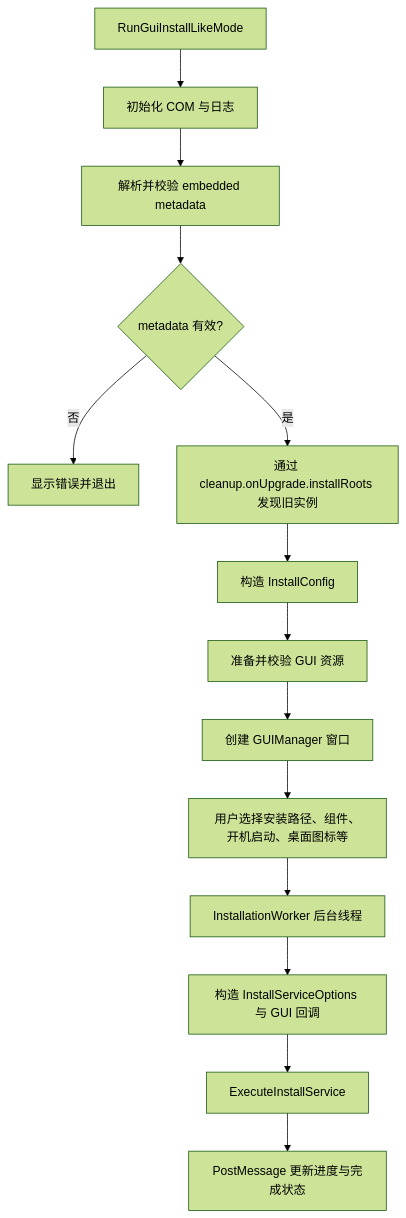
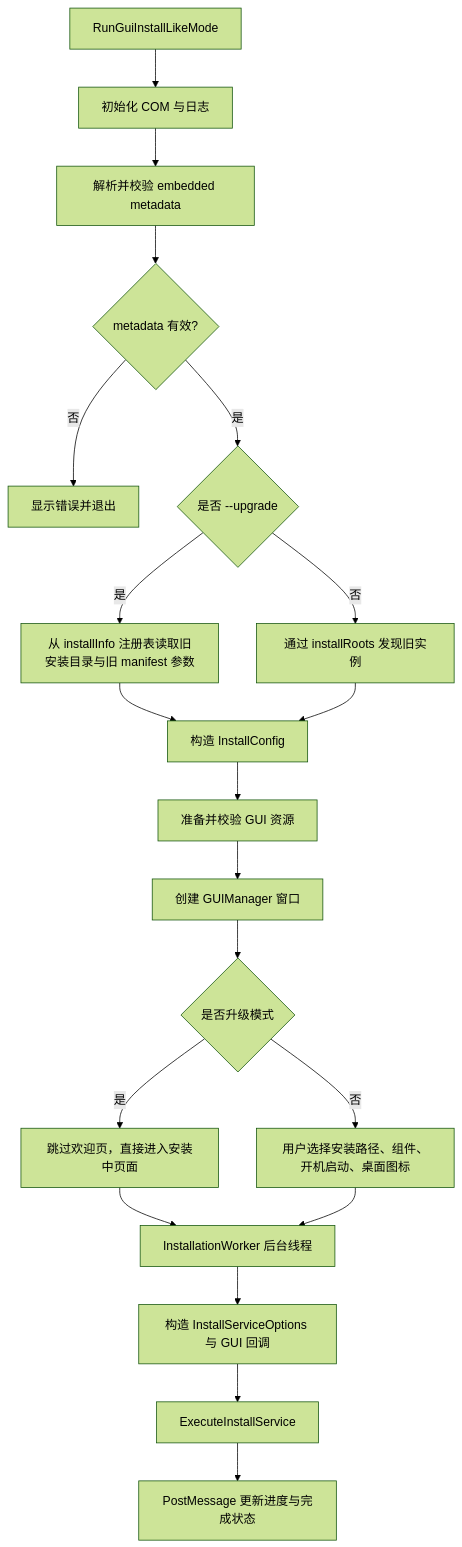
The second of 11 diagrams in docs/安装器流程图.md (lu020218/Multi-Threaded_Installer), drawn with Mermaid (forest theme) before and after one commit. The commit also changed other lines of this file and 1 other file, not shown here.

Commit message:
更新流程图文档

````diff
--- a/docs/安装器流程图.md
+++ b/docs/安装器流程图.md
@@ -31,16 +34,22 @@
 ```mermaid
 flowchart TD
-    A[RunGuiInstallLikeMode] --> B[初始化 COM 与日志]
-    B --> C[解析并校验 embedded metadata]
-    C --> D{metadata 有效?}
-    D -->|否| D1[显示错误并退出]
-    D -->|是| E[通过 cleanup.onUpgrade.installRoots 发现旧实例]
-    E --> G[构造 InstallConfig]
-    G --> H[准备并校验 GUI 资源]
-    H --> I[创建 GUIManager 窗口]
-    I --> J[用户选择安装路径、组件、开机启动、桌面图标等]
-    J --> K[InstallationWorker 后台线程]
-    K --> L[构造 InstallServiceOptions 与 GUI 回调]
-    L --> M[ExecuteInstallService]
-    M --> N[PostMessage 更新进度与完成状态]
+    A["RunGuiInstallLikeMode"] --> B["初始化 COM 与日志"]
+    B --> C["解析并校验 embedded metadata"]
+    C --> D{"metadata 有效?"}
+    D -->|否| D1["显示错误并退出"]
+    D -->|是| E{"是否 --upgrade"}
+    E -->|是| E1["从 installInfo 注册表读取旧安装目录与旧 manifest 参数"]
+    E -->|否| F["通过 installRoots 发现旧实例"]
+    E1 --> G["构造 InstallConfig"]
+    F --> G
+    G --> H["准备并校验 GUI 资源"]
+    H --> I["创建 GUIManager 窗口"]
+    I --> J{"是否升级模式"}
+    J -->|是| J1["跳过欢迎页，直接进入安装中页面"]
+    J -->|否| J2["用户选择安装路径、组件、开机启动、桌面图标"]
+    J1 --> K["InstallationWorker 后台线程"]
+    J2 --> K
+    K --> L["构造 InstallServiceOptions 与 GUI 回调"]
+    L --> M["ExecuteInstallService"]
+    M --> N["PostMessage 更新进度与完成状态"]
 ```
````
